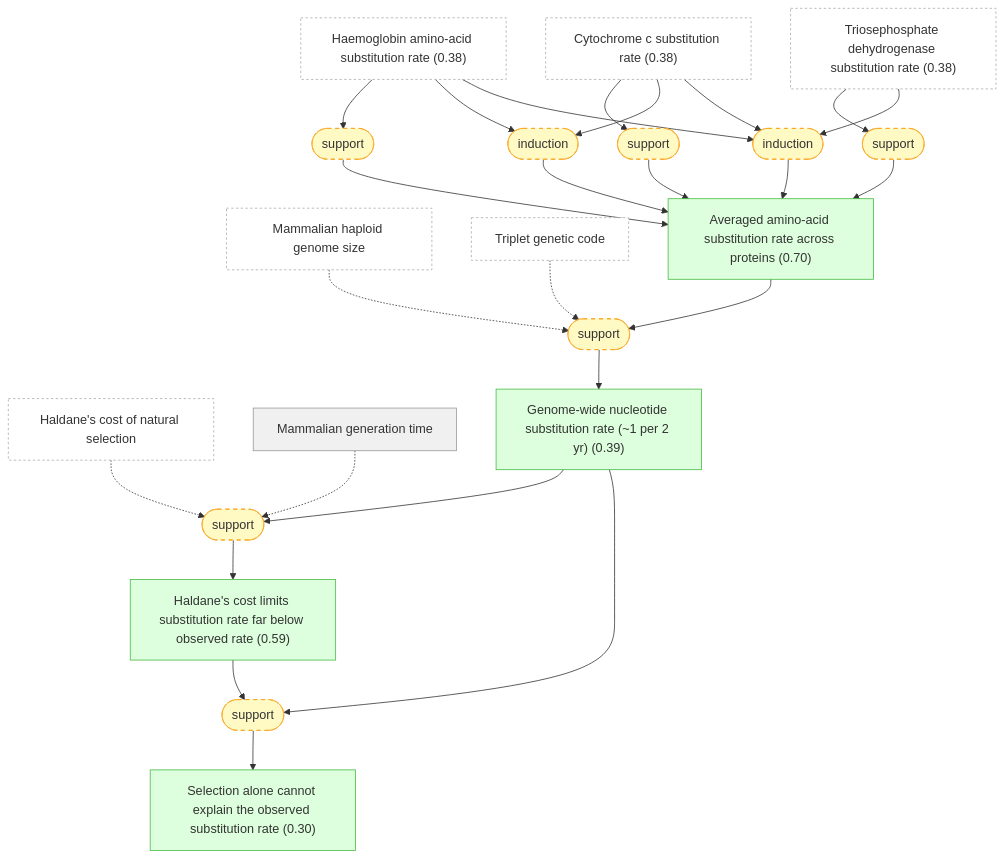
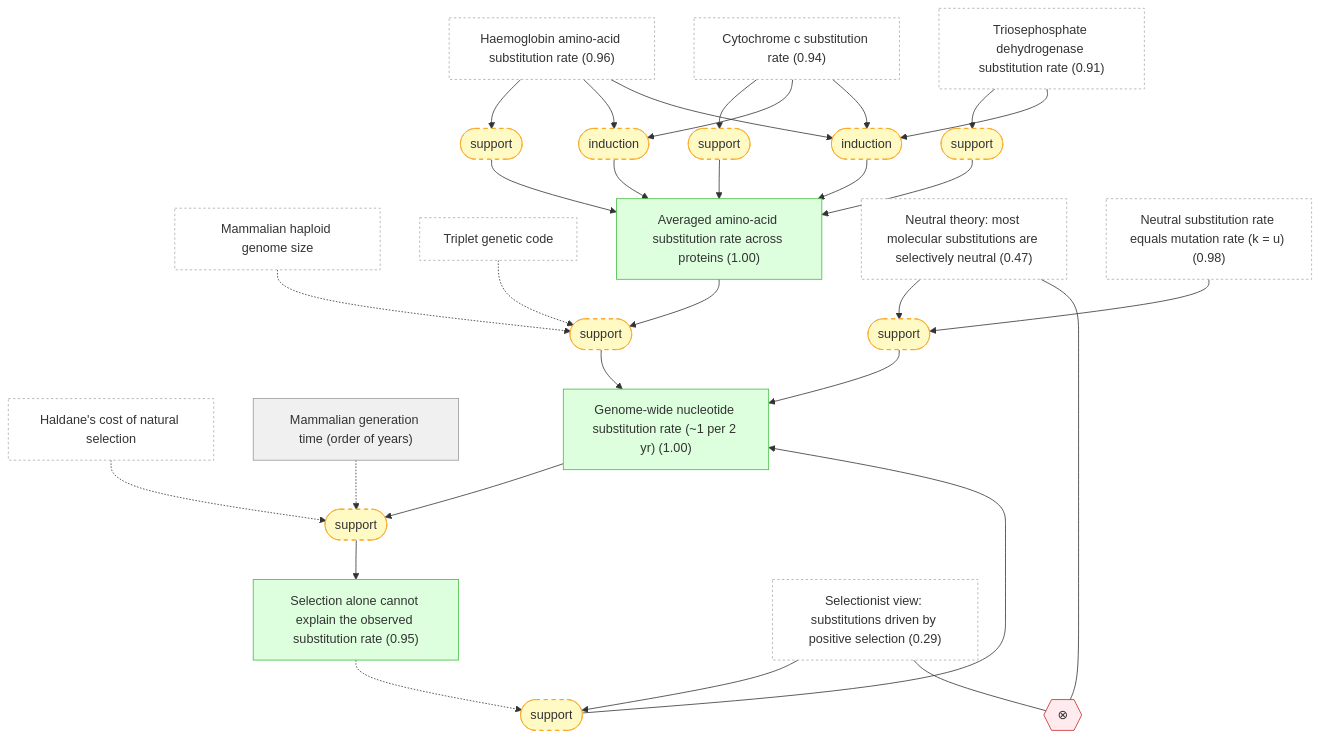
Before and after one commit to kunyuan/kimura-neutral-theory-gaia: the second of 5 diagrams in docs/detailed-reasoning.md, drawn with Mermaid. The commit also changed other lines of this file and 41 other files, not shown here.

````diff
--- a/docs/detailed-reasoning.md
+++ b/docs/detailed-reasoning.md
@@ -102,56 +102,65 @@
 ```mermaid
 graph TD
     mammalian_genome_size["Mammalian haploid genome size"]:::external
     genetic_code_triplet["Triplet genetic code"]:::external
     haldane_cost_principle["Haldane's cost of natural selection"]:::external
-    haemoglobin_rate["Haemoglobin amino-acid substitution rate (0.38)"]:::external
-    cytochrome_c_rate["Cytochrome c substitution rate (0.38)"]:::external
-    triosephosphate_rate["Triosephosphate dehydrogenase substitution rate (0.38)"]:::external
-    mammalian_generation_time["Mammalian generation time"]:::setting
-    normalized_aa_rate["Averaged amino-acid substitution rate across proteins (0.70)"]:::derived
-    genome_substitution_rate["Genome-wide nucleotide substitution rate (~1 per 2 yr) (0.39)"]:::derived
-    haldane_limit_for_mammals["Haldane's cost limits substitution rate far below observed rate (0.59)"]:::derived
-    selection_cannot_explain_rate["Selection alone cannot explain the observed substitution rate (0.30)"]:::derived
+    haemoglobin_rate["Haemoglobin amino-acid substitution rate (0.96)"]:::external
+    cytochrome_c_rate["Cytochrome c substitution rate (0.94)"]:::external
+    triosephosphate_rate["Triosephosphate dehydrogenase substitution rate (0.91)"]:::external
+    mammalian_generation_time["Mammalian generation time (order of years)"]:::setting
+    normalized_aa_rate["Averaged amino-acid substitution rate across proteins (1.00)"]:::derived
+    genome_substitution_rate["Genome-wide nucleotide substitution rate (~1 per 2 yr) (1.00)"]:::derived
+    selection_cannot_explain_rate["Selection alone cannot explain the observed substitution rate (0.95)"]:::derived
+    neutral_theory_hypothesis["Neutral theory: most molecular substitutions are selectively neutral (0.47)"]:::external
+    selectionist_view["Selectionist view: substitutions driven by positive selection (0.29)"]:::external
+    neutral_substitution_formula["Neutral substitution rate equals mutation rate (k = u) (0.98)"]:::external
     strat_0(["support"]):::weak
     haemoglobin_rate --> strat_0
     strat_0 --> normalized_aa_rate
     strat_1(["support"]):::weak
     cytochrome_c_rate --> strat_1
     strat_1 --> normalized_aa_rate
     strat_2(["support"]):::weak
     triosephosphate_rate --> strat_2
     strat_2 --> normalized_aa_rate
     strat_3(["induction"]):::weak
     haemoglobin_rate --> strat_3
     cytochrome_c_rate --> strat_3
     strat_3 --> normalized_aa_rate
     strat_4(["induction"]):::weak
     haemoglobin_rate --> strat_4
     cytochrome_c_rate --> strat_4
     triosephosphate_rate --> strat_4
     strat_4 --> normalized_aa_rate
     strat_5(["support"]):::weak
     normalized_aa_rate --> strat_5
     mammalian_genome_size -.-> strat_5
     genetic_code_triplet -.-> strat_5
     strat_5 --> genome_substitution_rate
     strat_6(["support"]):::weak
     genome_substitution_rate --> strat_6
     haldane_cost_principle -.-> strat_6
     mammalian_generation_time -.-> strat_6
-    strat_6 --> haldane_limit_for_mammals
-    strat_7(["support"]):::weak
-    genome_substitution_rate --> strat_7
-    haldane_limit_for_mammals --> strat_7
-    strat_7 --> selection_cannot_explain_rate
+    strat_6 --> selection_cannot_explain_rate
+    strat_10(["support"]):::weak
+    neutral_theory_hypothesis --> strat_10
+    neutral_substitution_formula --> strat_10
+    strat_10 --> genome_substitution_rate
+    strat_11(["support"]):::weak
+    selectionist_view --> strat_11
+    selection_cannot_explain_rate -.-> strat_11
+    strat_11 --> genome_substitution_rate
+    oper_0{{"⊗"}}:::contra
+    neutral_theory_hypothesis --- oper_0
+    selectionist_view --- oper_0
 
     classDef setting fill:#f0f0f0,stroke:#999,color:#333
     classDef premise fill:#ddeeff,stroke:#4488bb,color:#333
     classDef derived fill:#ddffdd,stroke:#44bb44,color:#333
     classDef question fill:#fff3dd,stroke:#cc9944,color:#333
     classDef background fill:#f5f5f5,stroke:#bbb,stroke-dasharray: 5 5,color:#333
     classDef orphan fill:#fff,stroke:#ccc,stroke-dasharray: 5 5,color:#333
     classDef external fill:#fff,stroke:#aaa,stroke-dasharray: 3 3,color:#333
     classDef weak fill:#fff9c4,stroke:#f9a825,stroke-dasharray: 5 5,color:#333
     classDef contra fill:#ffebee,stroke:#c62828,color:#333
 ```
````
